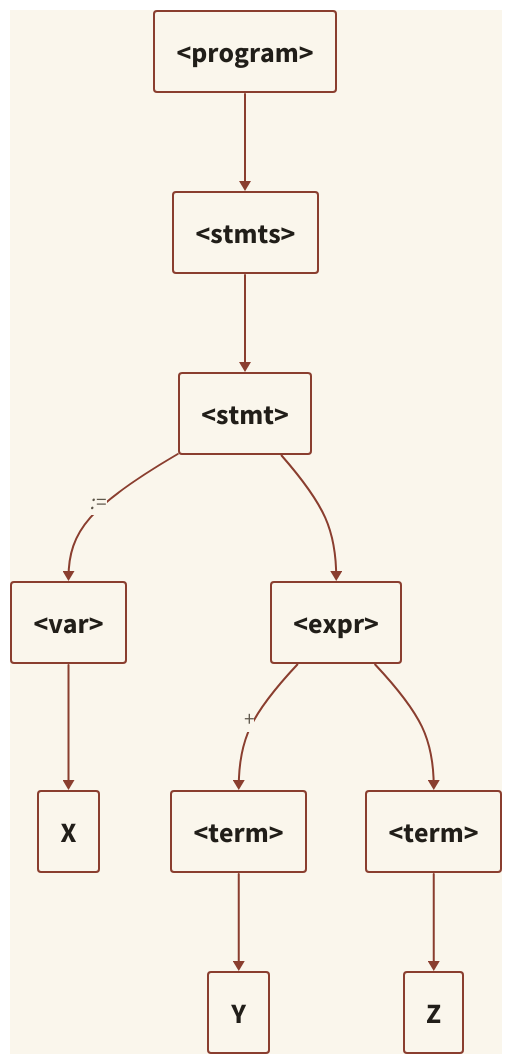
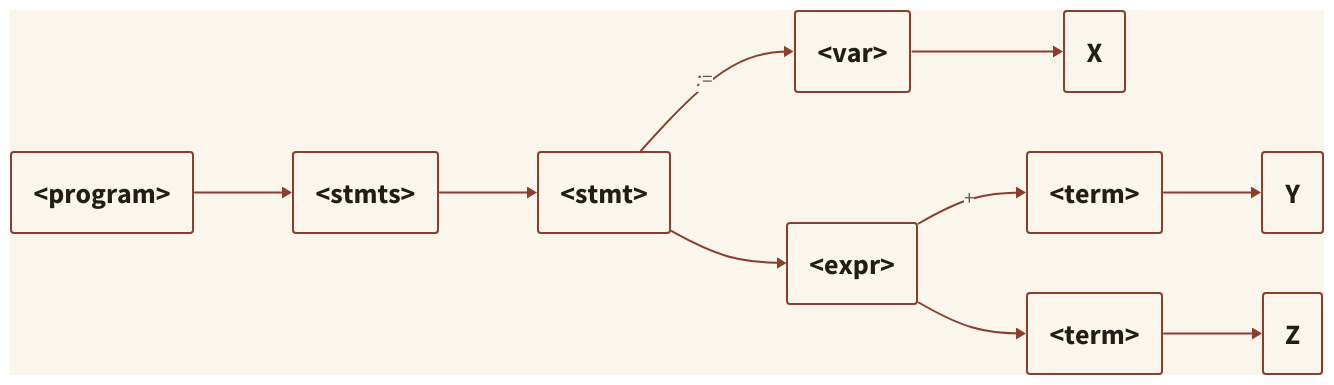
The diagram in guides/pd3/data/d2/ayristirma-agaci.d2 (Aylmz0/folisift), drawn with D2 before and after one commit. The commit also changed 33 other files, not shown here.

```diff
--- a/guides/pd3/data/d2/ayristirma-agaci.d2
+++ b/guides/pd3/data/d2/ayristirma-agaci.d2
@@ -1,35 +1,35 @@
-# spec_sha256: 8854082d5a03aa81e48e606a1b1c084a8ac79f4f9c550deaf50a782809c0ac08
+# spec_sha256: 627a8e9c60459037b246682d82cb6a2618c31b01c8075a97fc7e3f6727c13a47
 # engine: d2 v0.9.0
-direction: down
+direction: right
 n0: "<program>"
 n1: "<stmts>"
 n2: "<stmt>"
 n3: "<var>"
 n4: "<expr>"
 n5: "X"
 n6: "<term>"
 n7: "<term>"
 n8: "Y"
 n9: "Z"
 n0 -> n1
 n1 -> n2
 n2 -> n3: ":="
 n2 -> n4
 n3 -> n5
 n4 -> n6: "+"
 n4 -> n7
 n6 -> n8
 n7 -> n9
 style: { fill: "#FAF6EC" }
 *.style: {
   fill: "#FAF6EC"
   stroke: "#8A3E2F"
   font-color: "#211E19"
   font-size: 28
   border-radius: 3
 }
 (* -> *)[*].style: {
   stroke: "#8A3E2F"
   font-color: "#5E574B"
   font-size: 22
 }
```
